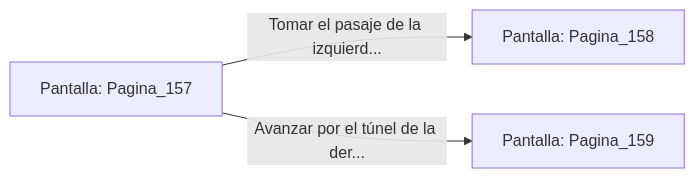
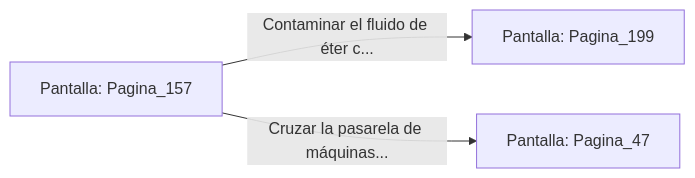
One commit to metsuke/mpl changed the diagram in sample/eligejuego-vault/Pantalla_Pagina_157.md. Above: the diagram before and after it, drawn with Mermaid. The commit also changed other lines of this file and 635 other files, not shown here.

First line of the commit message:
fix: añadir Pagina_1 como pantalla inicial en capitulo_01.mpl

````diff
--- a/sample/eligejuego-vault/Pantalla_Pagina_157.md
+++ b/sample/eligejuego-vault/Pantalla_Pagina_157.md
@@ -20,6 +24,6 @@
 ```mermaid
 graph LR
     P_Pagina_157["Pantalla: Pagina_157"]
-    P_Pagina_157 -->|"Tomar el pasaje de la izquierd..."| P_Pagina_158["Pantalla: Pagina_158"]
-    P_Pagina_157 -->|"Avanzar por el túnel de la der..."| P_Pagina_159["Pantalla: Pagina_159"]
+    P_Pagina_157 -->|"Contaminar el fluido de éter c..."| P_Pagina_199["Pantalla: Pagina_199"]
+    P_Pagina_157 -->|"Cruzar la pasarela de máquinas..."| P_Pagina_47["Pantalla: Pagina_47"]
 ```
````
